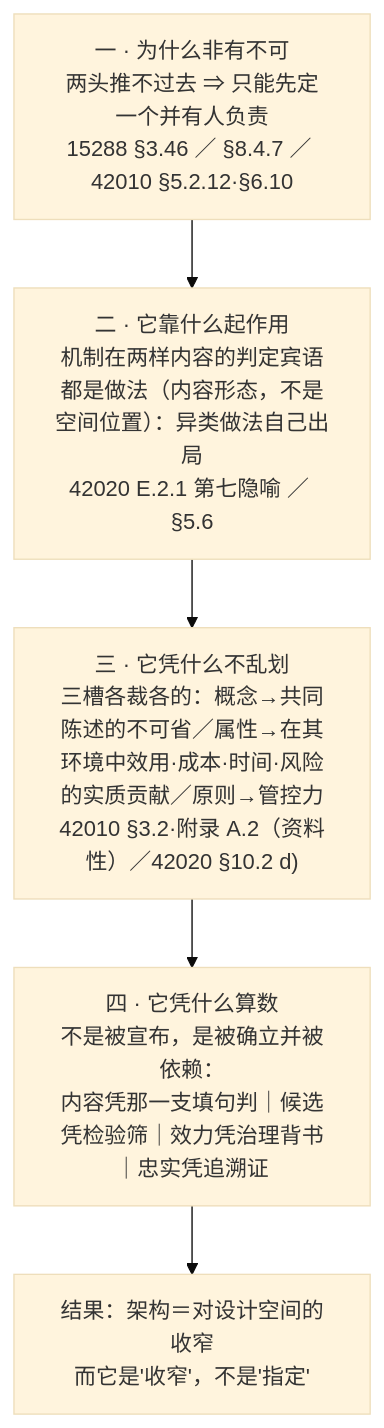
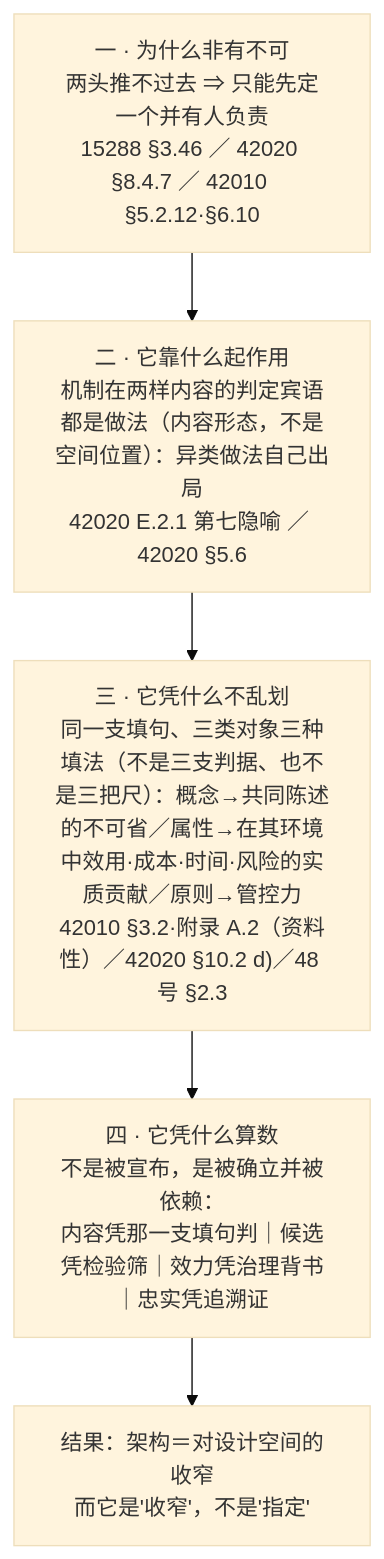
One commit to Yongjunzhou/business-Engineering changed the second of 10 diagrams in 10-系统工程研究/00-系统工程相关研究报告/35-架构定义与视图设计研究报告-从意义目的到产品数据与四案例.md. Above: the diagram before and after it, drawn with Mermaid (base theme). The commit also changed other lines of this file and 26 other files, not shown here.

````diff
--- a/10-系统工程研究/00-系统工程相关研究报告/35-架构定义与视图设计研究报告-从意义目的到产品数据与四案例.md
+++ b/10-系统工程研究/00-系统工程相关研究报告/35-架构定义与视图设计研究报告-从意义目的到产品数据与四案例.md
@@ -123,7 +198,7 @@
 ```mermaid
 flowchart TD
-    A["一 · 为什么非有不可<br/>两头推不过去 ⇒ 只能先定一个并有人负责<br/>15288 §3.46 ／ §8.4.7 ／ 42010 §5.2.12·§6.10"] --> B["二 · 它靠什么起作用<br/>机制在两样内容的判定宾语都是做法（内容形态，不是空间位置）：异类做法自己出局<br/>42020 E.2.1 第七隐喻 ／ §5.6"]
-    B --> C["三 · 它凭什么不乱划<br/>三槽各裁各的：概念→共同陈述的不可省／属性→在其环境中效用·成本·时间·风险的实质贡献／原则→管控力<br/>42010 §3.2·附录 A.2（资料性）／42020 §10.2 d)"]
+    A["一 · 为什么非有不可<br/>两头推不过去 ⇒ 只能先定一个并有人负责<br/>15288 §3.46 ／ 42020 §8.4.7 ／ 42010 §5.2.12·§6.10"] --> B["二 · 它靠什么起作用<br/>机制在两样内容的判定宾语都是做法（内容形态，不是空间位置）：异类做法自己出局<br/>42020 E.2.1 第七隐喻 ／ 42020 §5.6"]
+    B --> C["三 · 它凭什么不乱划<br/>同一支填句、三类对象三种填法（不是三支判据、也不是三把尺）：概念→共同陈述的不可省／属性→在其环境中效用·成本·时间·风险的实质贡献／原则→管控力<br/>42010 §3.2·附录 A.2（资料性）／42020 §10.2 d)／48 号 §2.3"]
     C --> D["四 · 它凭什么算数<br/>不是被宣布，是被确立并被依赖：<br/>内容凭那一支填句判｜候选凭检验筛｜效力凭治理背书｜忠实凭追溯证"]
     D --> E["结果：架构＝对设计空间的收窄<br/>而它是'收窄'，不是'指定'"]
 ```
````
